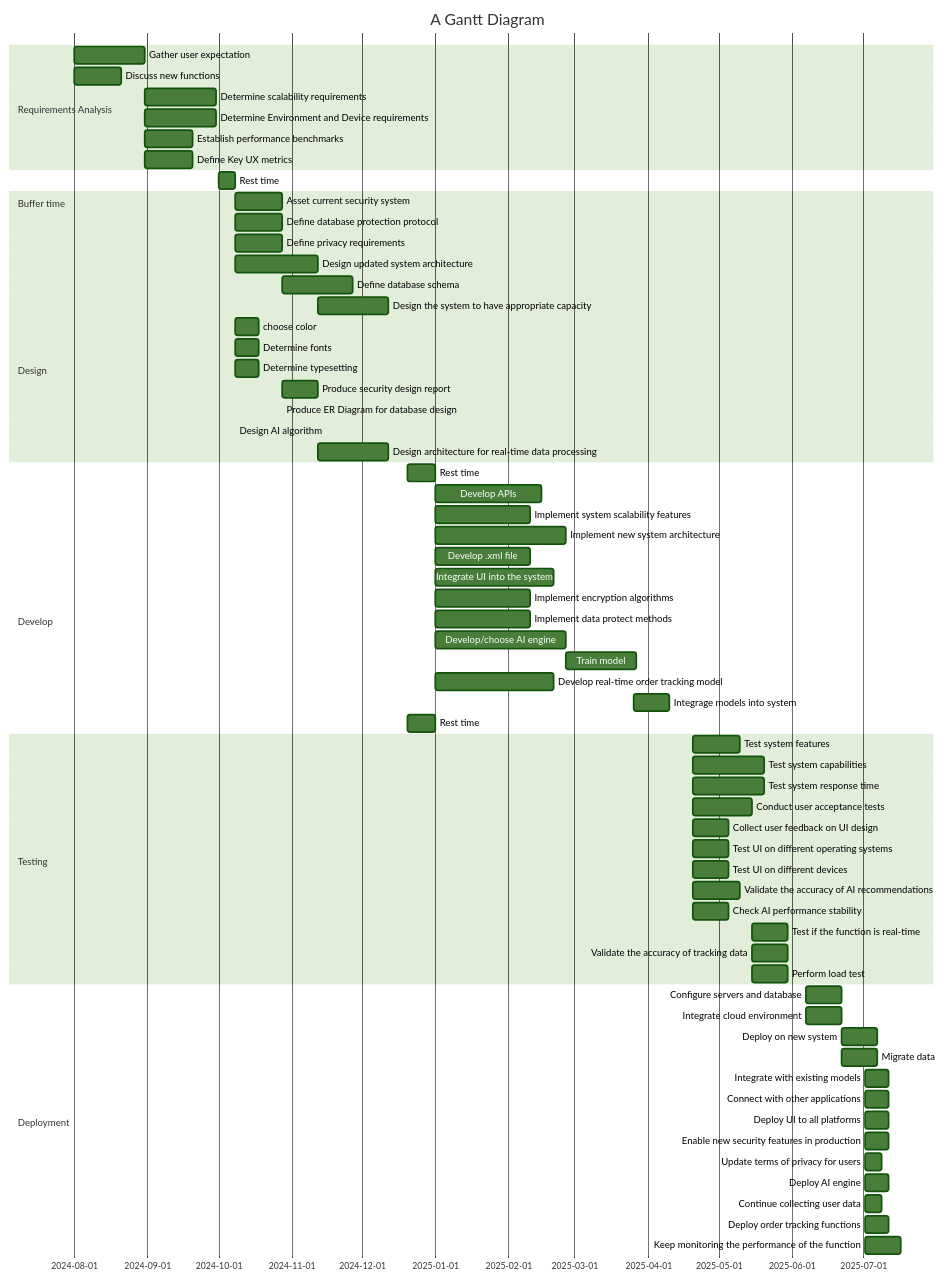
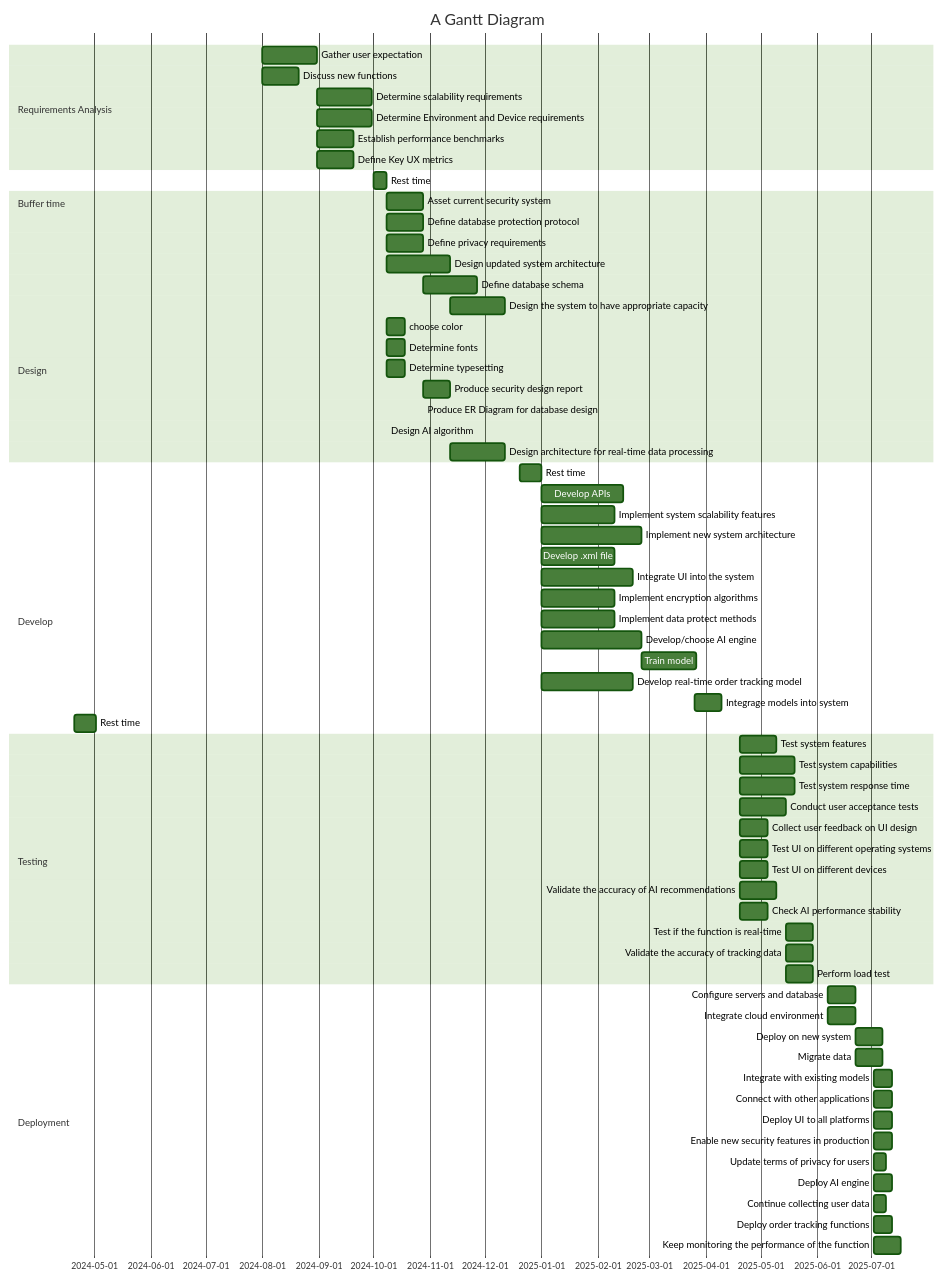
One commit to sayshelley/iodraw-files changed the diagram in all/Untitled-5.md. Above: the diagram before and after it, drawn with Mermaid (forest theme).

Commit message:
2024-10-11 18:48:32 update

````diff
--- a/all/Untitled-5.md
+++ b/all/Untitled-5.md
@@ -1,79 +1,79 @@
 ```mermaid
 gantt
     title A Gantt Diagram
     dateFormat  YYYY-MM-DD
     section Requirements Analysis
         Gather user expectation: a4, 2024-08-01, 30d
         Discuss new functions: a6, 2024-08-01, 20d
         Determine scalability requirements: a1, after a4, 30d
         Determine Environment and Device requirements: a2, after a4, 30d
         Establish performance benchmarks: a3, after a4, 20d
         Define Key UX metrics: a5, after a4, 20d
     section Buffer time
         Rest time: 2024-10-01, 7d
         
     section Design
         Asset current security system: b1, 2024-10-08, 20d
         Define database protection protocol: b2, 2024-10-08, 20d
         Define privacy requirements: b3, 2024-10-08, 20d
         Design updated system architecture: b4, 2024-10-08, 35d
         Define database schema: b5, after b2, 30d
         Design the system to have appropriate capacity: b6, after b4, 30d
         choose color: b7, 2024-10-08, 10d
         Determine fonts: b8, 2024-10-08, 10d
         Determine typesetting: b9, 2024-10-08, 10d
         Produce security design report: b10, 2024-10-28 ,15d
         Produce ER Diagram for database design: b11, 2024-10-28, 15
         Design AI algorithm: b12, 2024-10-08, 35
         Design architecture for real-time data processing: b13, 2024-11-12,30d
     section Buffer time
         Rest time: 2024-12-20, 12d
     section Develop
         Develop APIs: c1, 2025-01-01, 45d
         Implement system scalability features: c2, 2025-01-01, 40d
         Implement new system architecture: c3, 2025-01-01, 55d
         Develop .xml file: c4, 2025-01-01, 40d
         Integrate UI into the system: c5, 2025-01-01, 50d
         Implement encryption algorithms:c6, 2025-01-01, 40d
         Implement data protect methods: c7, 2025-01-01, 40d
         Develop/choose AI engine: c8, 2025-01-01, 55d
         Train model: c9, 2025-02-25, 30d
         Develop real-time order tracking model: c10, 2025-01-01, 50d
         Integrage models into system: c11, 2025-03-26, 15d
     section Buffer time
-        Rest time: 2024-12-20, 12d
+        Rest time: 2024-04-20, 12d
     section Testing
         Test system features: d1, 2025-04-20, 20d
         Test system capabilities: d2, 2025-04-20, 30d
         Test system response time: d3, 2025-04-20, 30d
         Conduct user acceptance tests: d4, 2025-04-20, 25d
         Collect user feedback on UI design: d5, 2025-04-20, 15d
         Test UI on different operating systems: d6, 2025-04-20, 15d
         Test UI on different devices: d7, 2025-04-20, 15d
         Validate the accuracy of AI recommendations: d8, 2025-04-20, 20d
         Check AI performance stability: d9, 2025-04-20, 15d
         Test if the function is real-time: d10, 2025-05-15, 15d
         Validate the accuracy of tracking data: d11, 2025-05-15, 15d
         Perform load test: d12, 2025-05-15, 15d
     section Deployment
         Configure servers and database: e1, 2025-06-07, 15d
         Integrate cloud environment: e2, 2025-06-07, 15d
         Deploy on new system: e3, 2025-06-22, 15d
         Migrate data: e4, 2025-06-22, 15d
         Integrate with existing models: e5, 2025-07-02, 10d
         Connect with other applications: e6, 2025-07-02,10d
         Deploy UI to all platforms: e7, 2025-07-02, 10d
         Enable new security features in production: e8, 2025-07-02, 10d
         Update terms of privacy for users: e9, 2025-07-02, 7d
         Deploy AI engine: e10, 2025-07-02,10d
         Continue collecting user data: e11, 2025-07-02, 7d
         Deploy order tracking functions: e12, 2025-07-02, 10d
         Keep monitoring the performance of the function: e13, 2025-07-02, 15d
     
         
 
     
 
 
    
 ```
````
